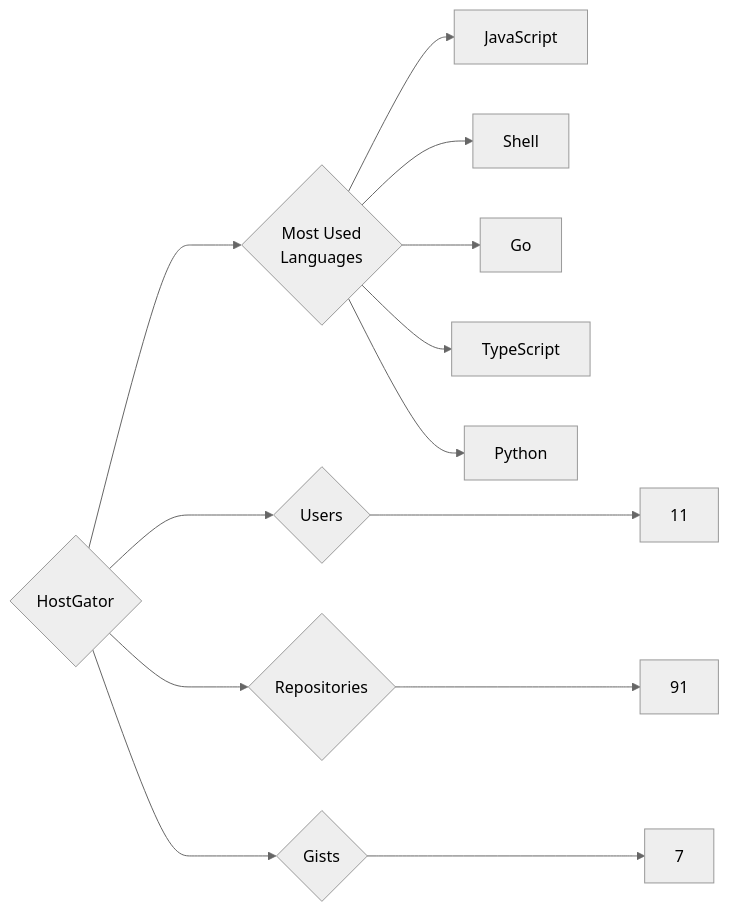
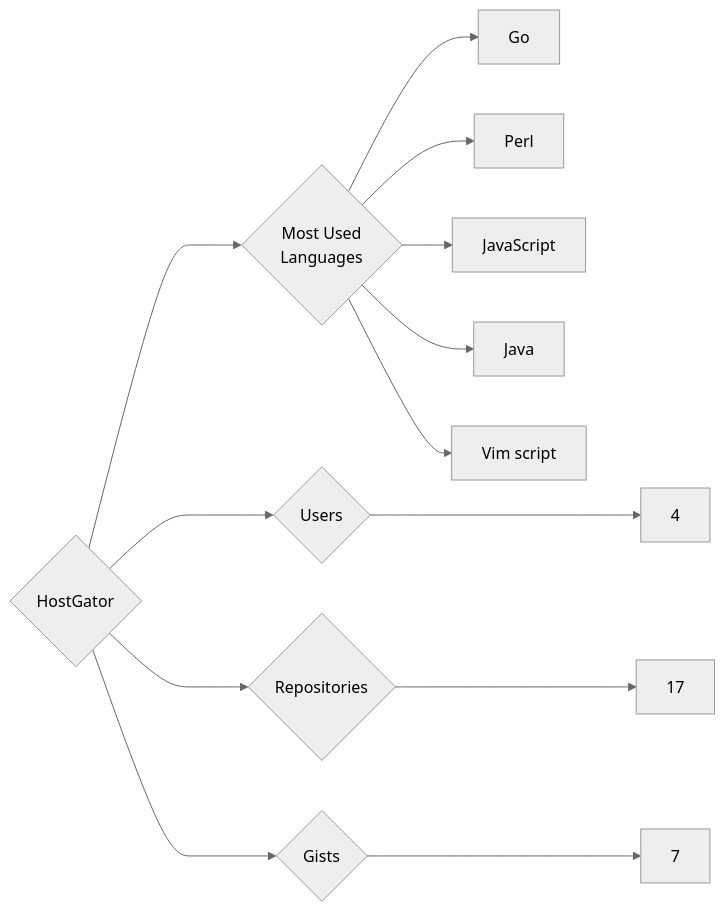
One commit to trickest/insiders changed the diagram in targets/HostGator/README.md. Above: the diagram before and after it, drawn with Mermaid (neutral theme). The commit also changed 899 other files, not shown here.

````diff
--- a/targets/HostGator/README.md
+++ b/targets/HostGator/README.md
@@ -3,13 +3,13 @@
 ```mermaid
 graph LR
 COMPANY_NAME{HostGator}
-COMPANY_NAME ---> U{Users} ---> UN[11]
-COMPANY_NAME ---> R{Repositories} ---> RN[91]
+COMPANY_NAME ---> U{Users} ---> UN[4]
+COMPANY_NAME ---> R{Repositories} ---> RN[17]
 COMPANY_NAME ---> G{Gists} ---> GN[7]
 COMPANY_NAME ---> ML{Most Used<br>Languages}
+ML --> Go[Go]
+ML --> Perl[Perl]
 ML --> JavaScript[JavaScript]
-ML --> Shell[Shell]
-ML --> Go[Go]
-ML --> TypeScript[TypeScript]
-ML --> Python[Python]
+ML --> Java[Java]
+ML --> Vim_script[Vim script]
 ```
````
